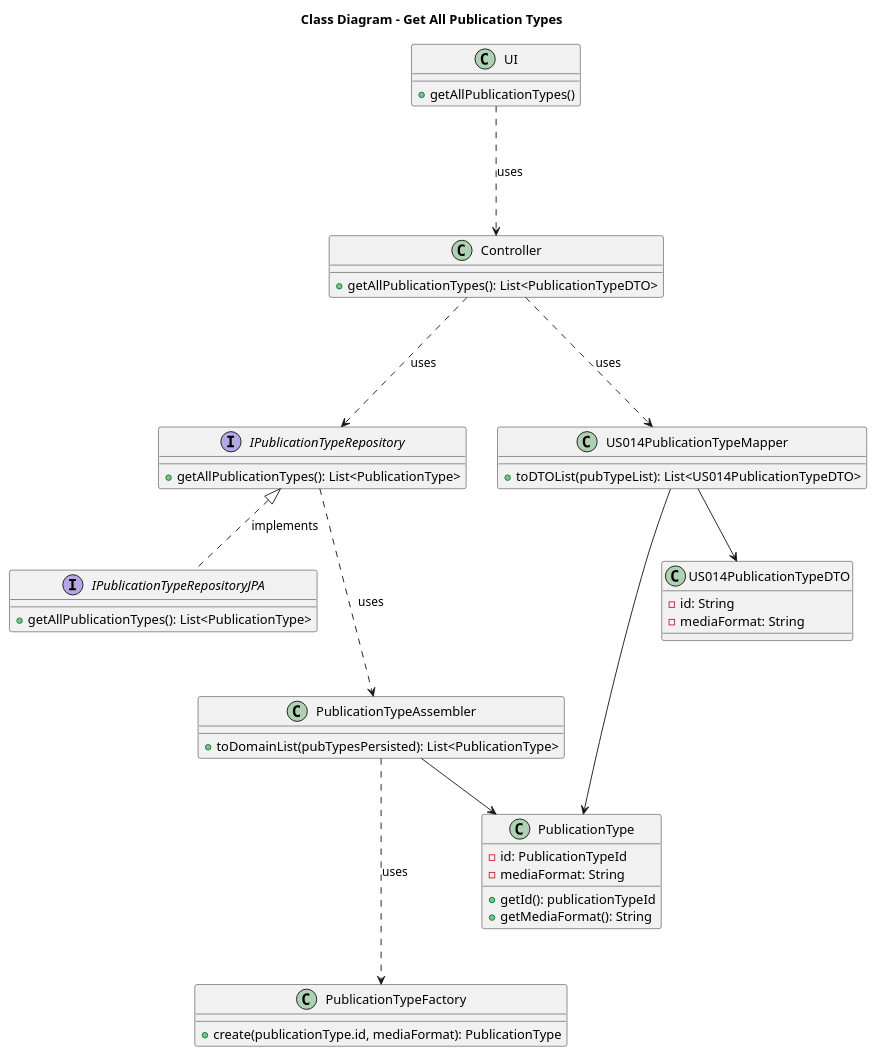
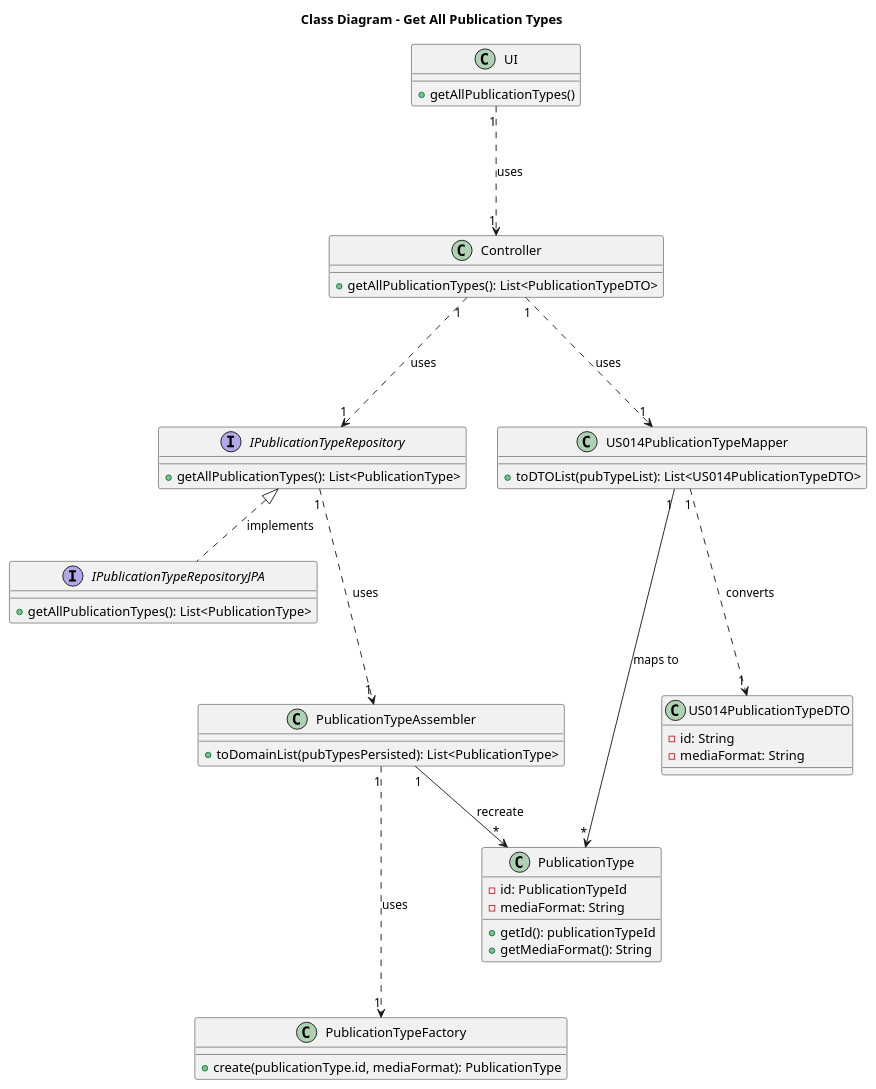
One commit to AndrePereiraGitH/SWitCH-Project-Team_A changed the diagram in Diagrams/ClassDiagrams/To-get-publitaction-type-list.puml. Above: the diagram before and after it, drawn with PlantUML. The commit also changed 1 other file, not shown here.

Commit message:
Docs #652: refactoring class and sequence diagrams with JPA

```diff
--- a/Diagrams/ClassDiagrams/To-get-publitaction-type-list.puml
+++ b/Diagrams/ClassDiagrams/To-get-publitaction-type-list.puml
@@ -1,65 +1,65 @@
 @startuml
 title Class Diagram - Get All Publication Types
 
 ' ====== UI & Controller ======
 class UI {
   +getAllPublicationTypes()
 }
 
 class Controller {
   +getAllPublicationTypes(): List<PublicationTypeDTO>
 }
 
-UI -.-> Controller : uses
+UI "1" -.-> "1" Controller : uses
 
 ' ====== Repository Layer ======
 interface IPublicationTypeRepository {
   +getAllPublicationTypes(): List<PublicationType>
 }
 
 interface IPublicationTypeRepositoryJPA {
   +getAllPublicationTypes(): List<PublicationType>
 }
 
 IPublicationTypeRepository <|.. IPublicationTypeRepositoryJPA : implements
 
-Controller -.-> IPublicationTypeRepository : uses
+Controller "1" -.-> "1" IPublicationTypeRepository : uses
 
 
 ' ====== Domain ======
 class PublicationType {
   -id: PublicationTypeId
   -mediaFormat: String
   +getId(): publicationTypeId
   +getMediaFormat(): String
 }
 
 ' ====== Assembler & Factory ======
 class PublicationTypeAssembler {
   +toDomainList(pubTypesPersisted): List<PublicationType>
 }
 
 class PublicationTypeFactory {
   +create(publicationType.id, mediaFormat): PublicationType
 }
 
-PublicationTypeAssembler -.-> PublicationTypeFactory : uses
-PublicationTypeAssembler --> PublicationType
+PublicationTypeAssembler "1" -.-> "1" PublicationTypeFactory : uses
+PublicationTypeAssembler "1" --> "*" PublicationType : recreate
 
-IPublicationTypeRepository -.-> PublicationTypeAssembler : uses
+IPublicationTypeRepository "1" -.-> "1" PublicationTypeAssembler : uses
 
 ' ====== DTO & Mapper ======
 class US014PublicationTypeDTO {
   -id: String
   -mediaFormat: String
 }
 
 class US014PublicationTypeMapper {
   +toDTOList(pubTypeList): List<US014PublicationTypeDTO>
 }
 
-Controller -.-> US014PublicationTypeMapper : uses
-US014PublicationTypeMapper --> PublicationType
-US014PublicationTypeMapper --> US014PublicationTypeDTO
+Controller "1" -.-> "1" US014PublicationTypeMapper : uses
+US014PublicationTypeMapper "1" --> "*" PublicationType : maps to
+US014PublicationTypeMapper "1" -.-> "1" US014PublicationTypeDTO : converts
 
 @enduml
```
